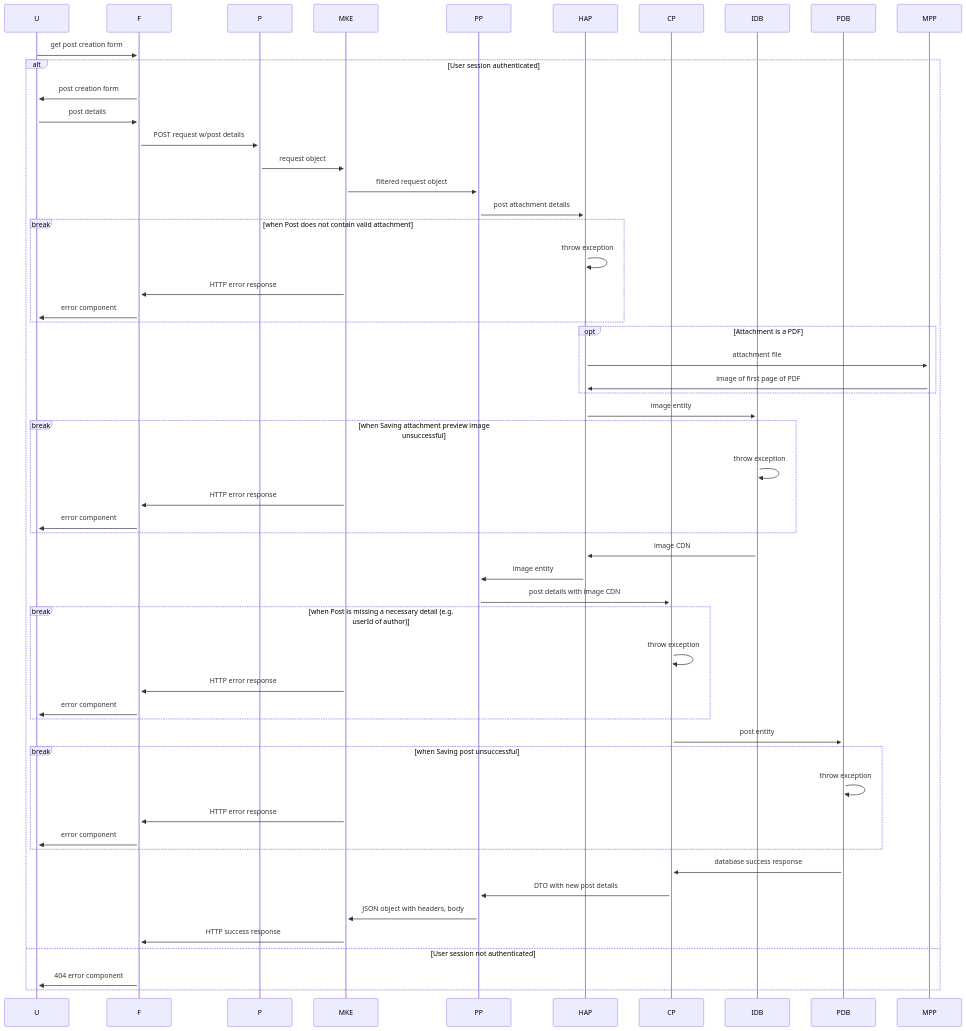
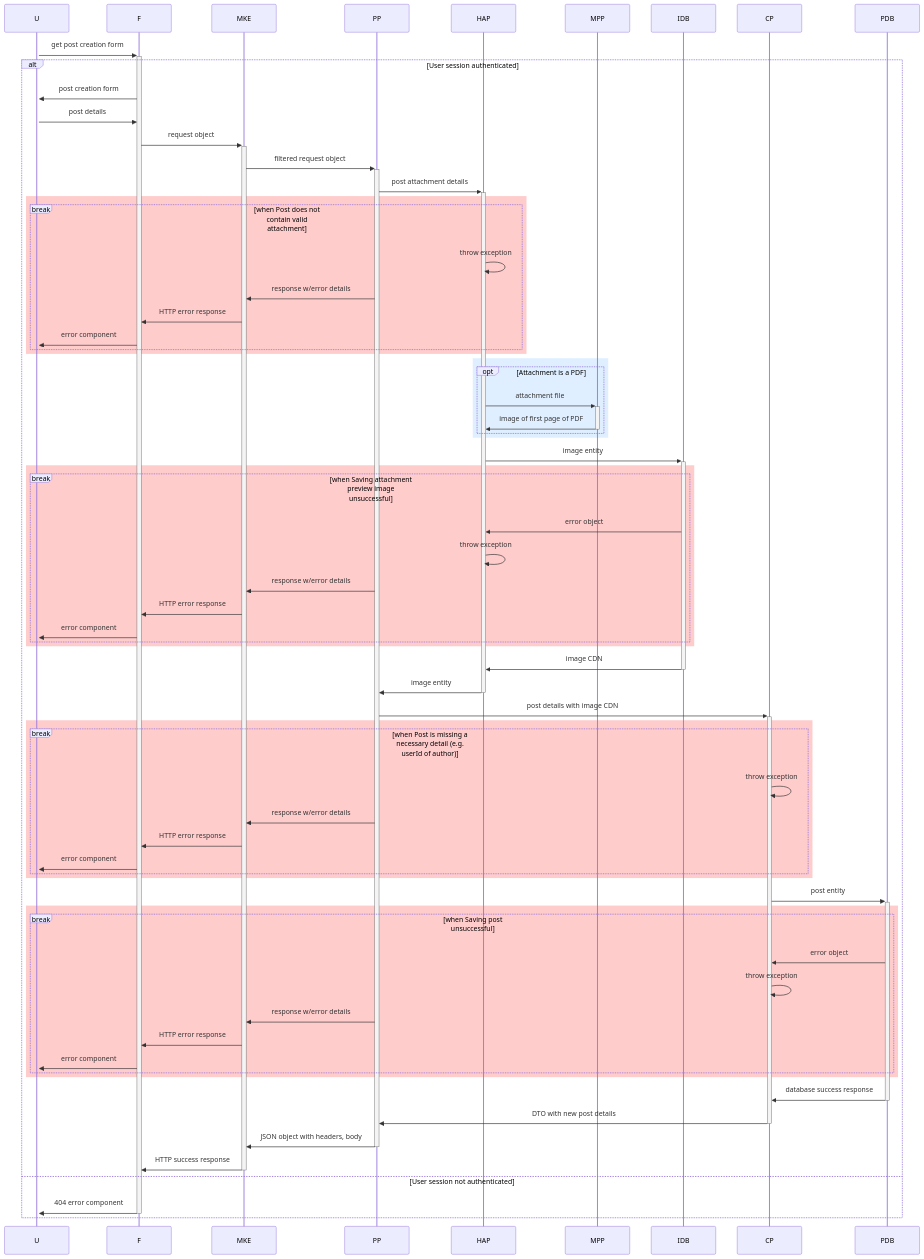
Before and after one commit to maryamkhan14/cv-circle: the diagram in DOCUMENTATION.md, drawn with Mermaid. The commit also changed other lines of this file, not shown here.

Commit message:
Made changes to logic of flow chart, added activations and coloring for greater clarity

````diff
--- a/DOCUMENTATION.md
+++ b/DOCUMENTATION.md
@@ -26,59 +25,78 @@
 ```mermaid
 sequenceDiagram
-    participant U
-    participant F
-    participant P
-    participant MKE
-    participant PP
-    participant HAP
-    participant CP
-    participant IDB
-    participant PDB
-    participant MPP
+    activate U
     U->>+F: get post creation form
     alt User session authenticated
-        F->>+U: post creation form
+        F->>U: post creation form
         U->>F: post details
-        F->>+P: POST request w/post details
-        P->>+MKE: request object
+        F->>+MKE: request object
         MKE->>+PP: filtered request object
         PP->>+HAP: post attachment details
 
+        rect rgba(255, 0, 0, 0.2)
         break when Post does not contain valid attachment
             HAP->>HAP: throw exception
+            PP->>MKE: response w/error details
             MKE->>F: HTTP error response
             F->>U: error component
         end
+        end
+
+        rect rgba(191, 223, 255, 0.5)
         opt Attachment is a PDF
             HAP->>+MPP: attachment file
-            MPP->>HAP: image of first page of PDF
+            MPP->>-HAP: image of first page of PDF
         end
+        end
+
         HAP->>+IDB: image entity
+
+        rect rgba(255, 0, 0, 0.2)
         break when Saving attachment preview image unsuccessful
-            IDB->>IDB: throw exception
+            IDB->>HAP: error object
+            HAP->>HAP: throw exception
+            PP->>MKE: response w/error details
             MKE->>F: HTTP error response
             F->>U: error component
         end
+        end
+
         IDB->>HAP: image CDN
+        deactivate IDB
         HAP->>PP: image entity
+        deactivate HAP
         PP->>+CP: post details with image CDN
+
+        rect rgba(255, 0, 0, 0.2)
         break when Post is missing a necessary detail (e.g. userId of author)
             CP->>CP: throw exception
+            PP->>MKE: response w/error details
             MKE->>F: HTTP error response
             F->>U: error component
         end
+        end
+
         CP->>+PDB: post entity
+
+        rect rgba(255, 0, 0, 0.2)
         break when Saving post unsuccessful
-            PDB->>PDB: throw exception
+            PDB->>CP: error object
+            CP->>CP: throw exception
+            PP->>MKE: response w/error details
             MKE->>F: HTTP error response
             F->>U: error component
         end
+        end
+
         PDB->>CP: database success response
+        deactivate PDB
         CP->>PP: DTO with new post details
-        PP->>MKE: JSON object with headers, body
+        deactivate CP
+        PP->>-MKE: JSON object with headers, body
         MKE->>F: HTTP success response
+        deactivate MKE
+    else User session not authenticated
+        F->>-U: 404 error component
 
-    else User session not authenticated
-        F->>+U: 404 error component
     end
 ```
````
